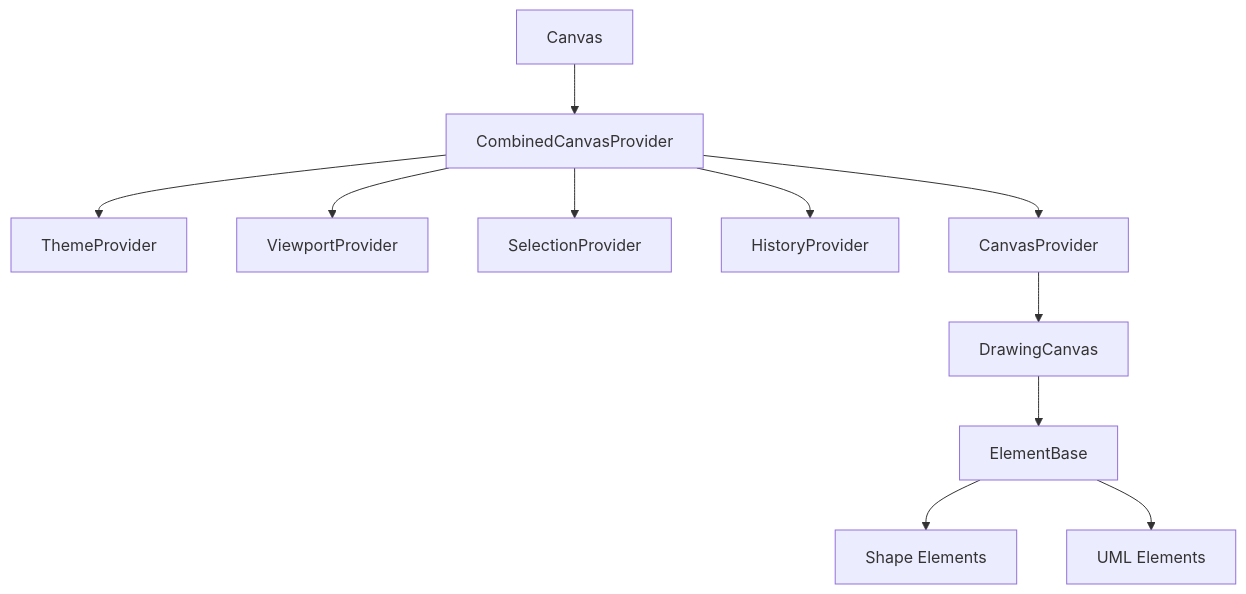
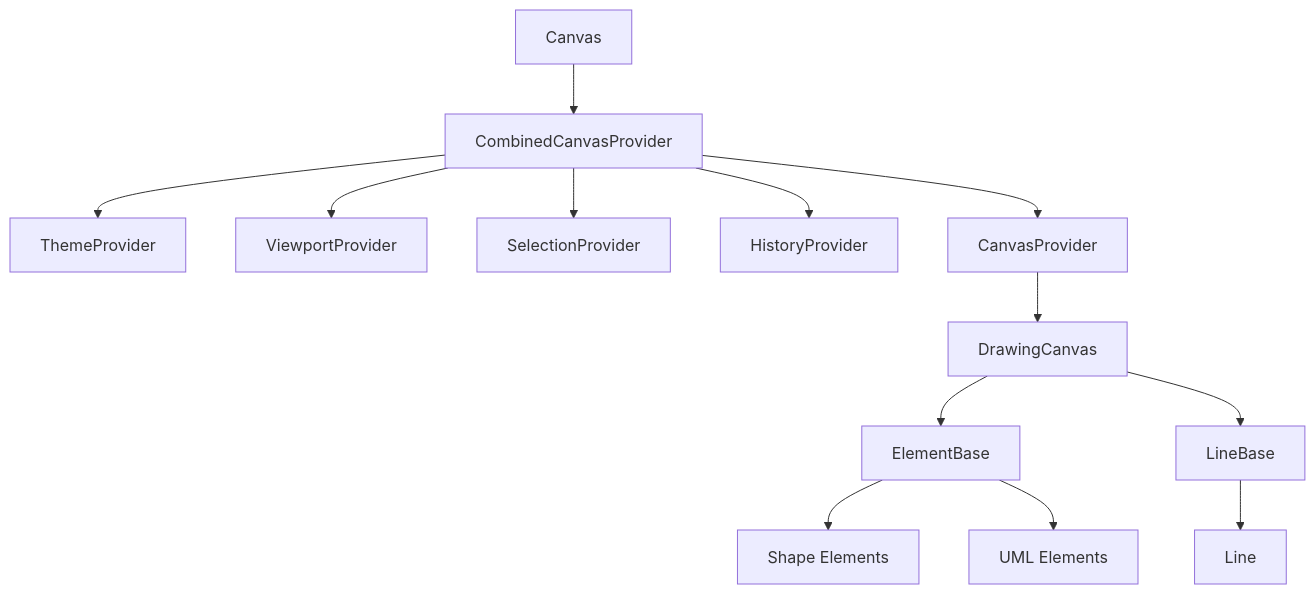
The diagram in README.md (jrodrigopuca/canvas), drawn with Mermaid before and after one commit. The commit also changed other lines of this file and 3 other files, not shown here.

````diff
--- a/README.md
+++ b/README.md
@@ -85,13 +85,15 @@
 ```mermaid
 graph TD
     A[Canvas] --> B[CombinedCanvasProvider]
     B --> C[ThemeProvider]
     B --> D[ViewportProvider]
     B --> E[SelectionProvider]
     B --> F[HistoryProvider]
     B --> G[CanvasProvider]
     G --> H[DrawingCanvas]
     H --> I[ElementBase]
+    H --> L[LineBase]
     I --> J[Shape Elements]
     I --> K[UML Elements]
+    L --> M[Line]
 ```
````
